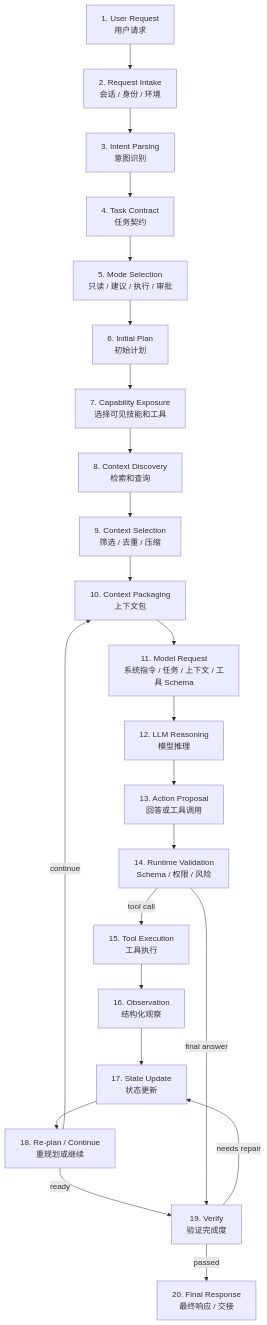
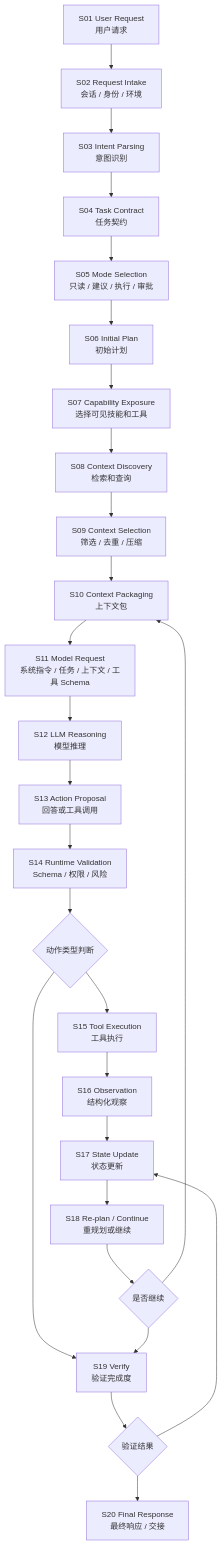
The seventh of 25 diagrams in books/ai-book/src/part2/01-agent-architecture.md (wxquare/wxquare.github.io), drawn with Mermaid before and after one commit. The commit also changed other lines of this file and 30 other files, not shown here.

````diff
--- a/books/ai-book/src/part2/01-agent-architecture.md
+++ b/books/ai-book/src/part2/01-agent-architecture.md
@@ -492,33 +492,40 @@
 ```mermaid
 flowchart TD
-    Request["1. User Request<br/>用户请求"]
-    Intake["2. Request Intake<br/>会话 / 身份 / 环境"]
-    Intent["3. Intent Parsing<br/>意图识别"]
-    Contract["4. Task Contract<br/>任务契约"]
-    Mode["5. Mode Selection<br/>只读 / 建议 / 执行 / 审批"]
-    Plan["6. Initial Plan<br/>初始计划"]
-    Expose["7. Capability Exposure<br/>选择可见技能和工具"]
-    Discover["8. Context Discovery<br/>检索和查询"]
-    Select["9. Context Selection<br/>筛选 / 去重 / 压缩"]
-    Package["10. Context Packaging<br/>上下文包"]
-    Prompt["11. Model Request<br/>系统指令 / 任务 / 上下文 / 工具 Schema"]
-    Reason["12. LLM Reasoning<br/>模型推理"]
-    Proposal["13. Action Proposal<br/>回答或工具调用"]
-    Validate["14. Runtime Validation<br/>Schema / 权限 / 风险"]
-    Execute["15. Tool Execution<br/>工具执行"]
-    Observe["16. Observation<br/>结构化观察"]
-    State["17. State Update<br/>状态更新"]
-    Replan["18. Re-plan / Continue<br/>重规划或继续"]
-    Verify["19. Verify<br/>验证完成度"]
-    Final["20. Final Response<br/>最终响应 / 交接"]
+    Request["S01 User Request<br/>用户请求"]
+    Intake["S02 Request Intake<br/>会话 / 身份 / 环境"]
+    Intent["S03 Intent Parsing<br/>意图识别"]
+    Contract["S04 Task Contract<br/>任务契约"]
+    Mode["S05 Mode Selection<br/>只读 / 建议 / 执行 / 审批"]
+    Plan["S06 Initial Plan<br/>初始计划"]
+    Expose["S07 Capability Exposure<br/>选择可见技能和工具"]
+    Discover["S08 Context Discovery<br/>检索和查询"]
+    Select["S09 Context Selection<br/>筛选 / 去重 / 压缩"]
+    Package["S10 Context Packaging<br/>上下文包"]
+    Prompt["S11 Model Request<br/>系统指令 / 任务 / 上下文 / 工具 Schema"]
+    Reason["S12 LLM Reasoning<br/>模型推理"]
+    Proposal["S13 Action Proposal<br/>回答或工具调用"]
+    Validate["S14 Runtime Validation<br/>Schema / 权限 / 风险"]
+    Execute["S15 Tool Execution<br/>工具执行"]
+    Observe["S16 Observation<br/>结构化观察"]
+    State["S17 State Update<br/>状态更新"]
+    Replan["S18 Re-plan / Continue<br/>重规划或继续"]
+    Verify["S19 Verify<br/>验证完成度"]
+    Final["S20 Final Response<br/>最终响应 / 交接"]
+    ActionType{"动作类型判断"}
+    ContinueDecision{"是否继续"}
+    VerifyResult{"验证结果"}
 
     Request --> Intake --> Intent --> Contract --> Mode --> Plan --> Expose
     Expose --> Discover --> Select --> Package --> Prompt --> Reason --> Proposal
     Proposal --> Validate
-    Validate -->|"tool call"| Execute --> Observe --> State --> Replan
-    Replan -->|"continue"| Package
-    Replan -->|"ready"| Verify
-    Validate -->|"final answer"| Verify
-    Verify -->|"needs repair"| State
-    Verify -->|"passed"| Final
+    Validate --> ActionType
+    ActionType --> Execute
+    ActionType --> Verify
+    Execute --> Observe --> State --> Replan
+    Replan --> ContinueDecision
+    ContinueDecision --> Package
+    ContinueDecision --> Verify
+    Verify --> VerifyResult
+    VerifyResult --> State
+    VerifyResult --> Final
 ```
````
